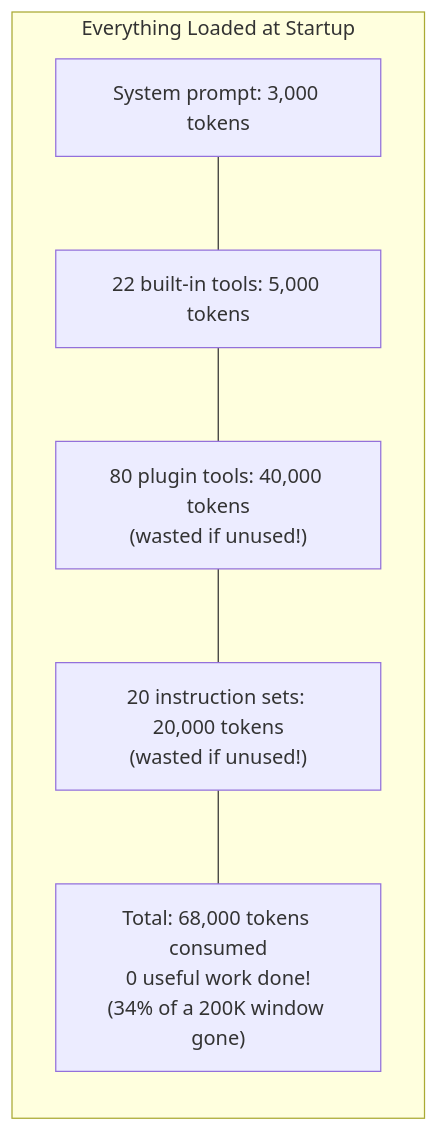
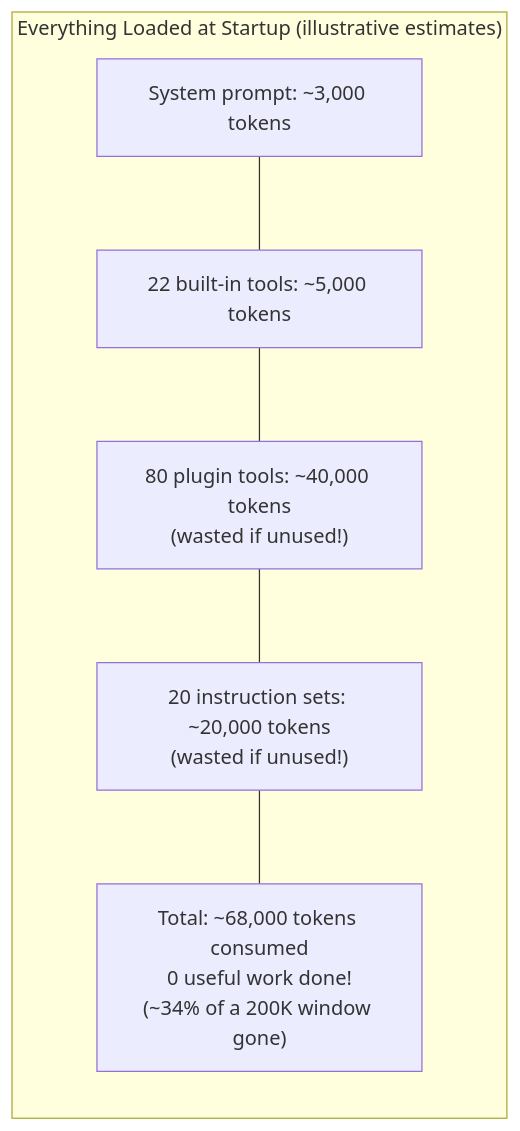
Before and after one commit to 2kages/agent-learning: the first of 11 diagrams in progressive-discovery.md, drawn with Mermaid. The commit also changed other lines of this file and 2 other files, not shown here.

````diff
--- a/progressive-discovery.md
+++ b/progressive-discovery.md
@@ -19,13 +21,12 @@
 ```mermaid
 flowchart LR
-    subgraph BAD ["Everything Loaded at Startup"]
+    subgraph BAD ["Everything Loaded at Startup (illustrative estimates)"]
         direction TB
-        A["System prompt: 3,000 tokens"]
-        B["22 built-in tools: 5,000 tokens"]
-        C["80 plugin tools: 40,000 tokens<br/>(wasted if unused!)"]
-        D["20 instruction sets: 20,000 tokens<br/>(wasted if unused!)"]
-        TOTAL["Total: 68,000 tokens consumed<br/>0 useful work done!<br/>(34% of a 200K window gone)"]
+        A["System prompt: ~3,000 tokens"]
+        B["22 built-in tools: ~5,000 tokens"]
+        C["80 plugin tools: ~40,000 tokens<br/>(wasted if unused!)"]
+        D["20 instruction sets: ~20,000 tokens<br/>(wasted if unused!)"]
+        TOTAL["Total: ~68,000 tokens consumed<br/>0 useful work done!<br/>(~34% of a 200K window gone)"]
         A --- B --- C --- D --- TOTAL
     end
-
 ```
````
